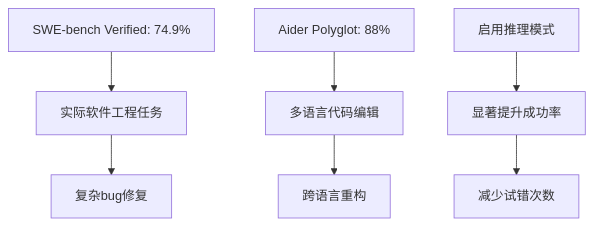
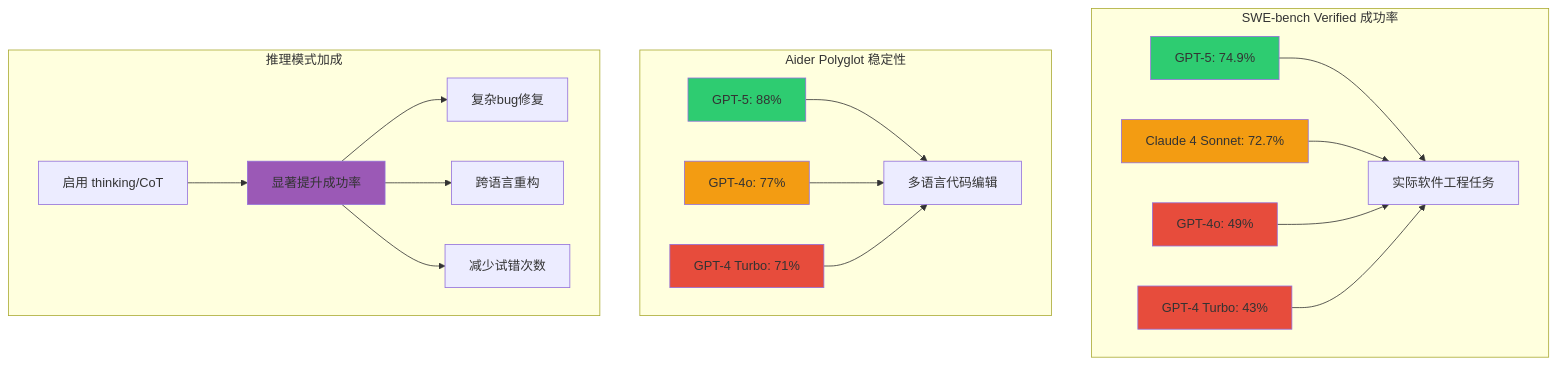
The fifth of 37 diagrams in annoucements/GPT-5-on-Boarded.md (ghcpSharing/library), drawn with Mermaid before and after one commit. The commit also changed other lines of this file, not shown here.

Commit message:
Add comprehensive multimedia content to GPT-5-on-Boarded.md

````diff
--- a/annoucements/GPT-5-on-Boarded.md
+++ b/annoucements/GPT-5-on-Boarded.md
@@ -49,10 +130,31 @@
 ```mermaid
 graph TD
-    A[SWE-bench Verified: 74.9%] --> B[实际软件工程任务]
-    C[Aider Polyglot: 88%] --> D[多语言代码编辑]
-    E[启用推理模式] --> F[显著提升成功率]
+    subgraph "SWE-bench Verified 成功率"
+        A[GPT-5: 74.9%] --> B[实际软件工程任务]
+        A1[Claude 4 Sonnet: 72.7%] --> B
+        A2[GPT-4o: 49%] --> B
+        A3[GPT-4 Turbo: 43%] --> B
+    end
     
-    B --> G[复杂bug修复]
-    D --> H[跨语言重构]
-    F --> I[减少试错次数]
+    subgraph "Aider Polyglot 稳定性"
+        C[GPT-5: 88%] --> D[多语言代码编辑]
+        C1[GPT-4o: 77%] --> D
+        C2[GPT-4 Turbo: 71%] --> D
+    end
+    
+    subgraph "推理模式加成"
+        E[启用 thinking/CoT] --> F[显著提升成功率]
+        F --> G[复杂bug修复]
+        F --> H[跨语言重构]
+        F --> I[减少试错次数]
+    end
+    
+    style A fill:#2ecc71
+    style C fill:#2ecc71
+    style A1 fill:#f39c12
+    style A2 fill:#e74c3c
+    style A3 fill:#e74c3c
+    style C1 fill:#f39c12
+    style C2 fill:#e74c3c
+    style F fill:#9b59b6
 ```
````
